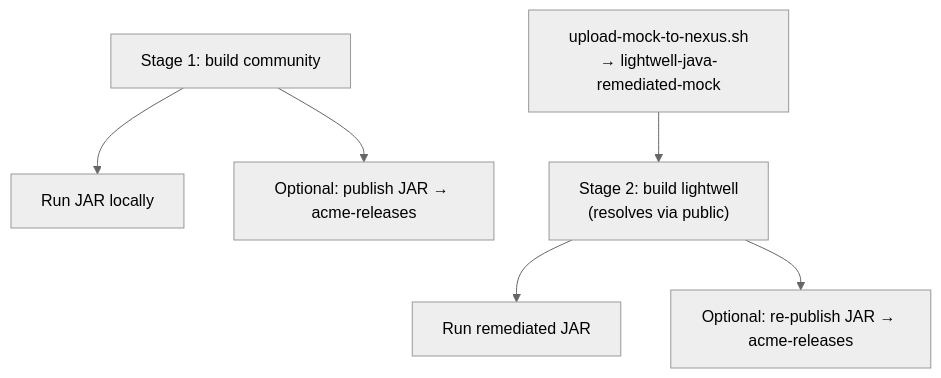
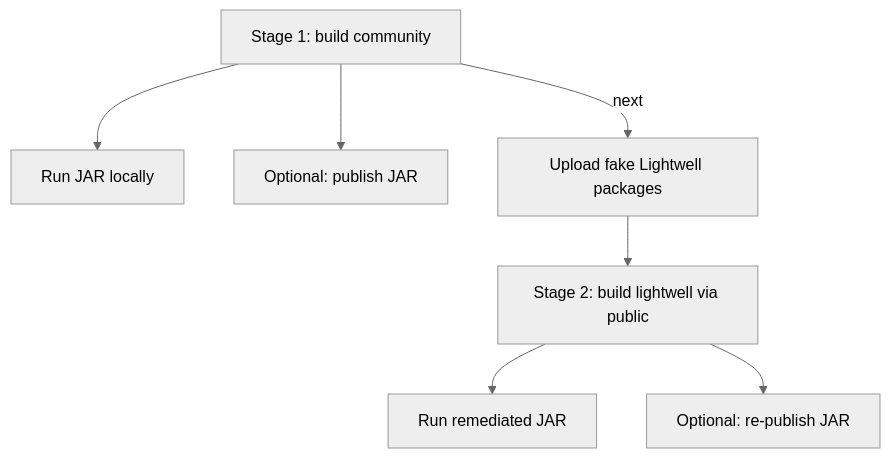
One commit to ansible-tmm/lightwell_app changed the third of 3 diagrams in README.md. Above: the diagram before and after it, drawn with Mermaid (neutral theme). The commit also changed other lines of this file, not shown here.

Commit message:
Polish Mermaid diagrams: sequential demo flow and cleaner layout.

````diff
--- a/README.md
+++ b/README.md
@@ -67,8 +55,9 @@
 ```mermaid
 flowchart TD
   S1["Stage 1: build community"] --> Run1["Run JAR locally"]
-  S1 --> Pub1["Optional: publish JAR → acme-releases"]
-  Prep["upload-mock-to-nexus.sh\n→ lightwell-java-remediated-mock"] --> S2
-  S2["Stage 2: build lightwell\n(resolves via public)"] --> Run2["Run remediated JAR"]
-  S2 --> Pub2["Optional: re-publish JAR → acme-releases"]
+  S1 --> Pub1["Optional: publish JAR"]
+  S1 -->|"next"| Prep["Upload fake Lightwell packages"]
+  Prep --> S2["Stage 2: build lightwell via public"]
+  S2 --> Run2["Run remediated JAR"]
+  S2 --> Pub2["Optional: re-publish JAR"]
 ```
````
